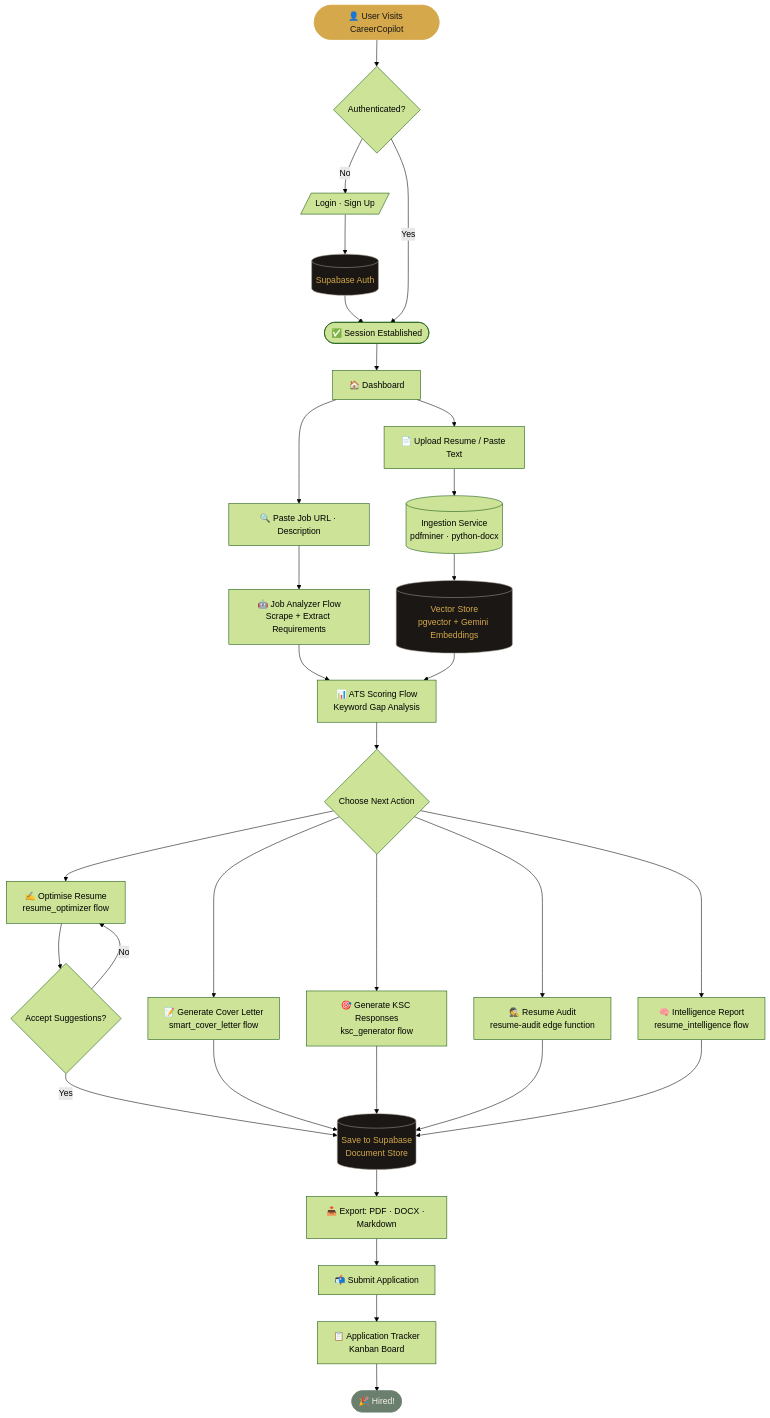
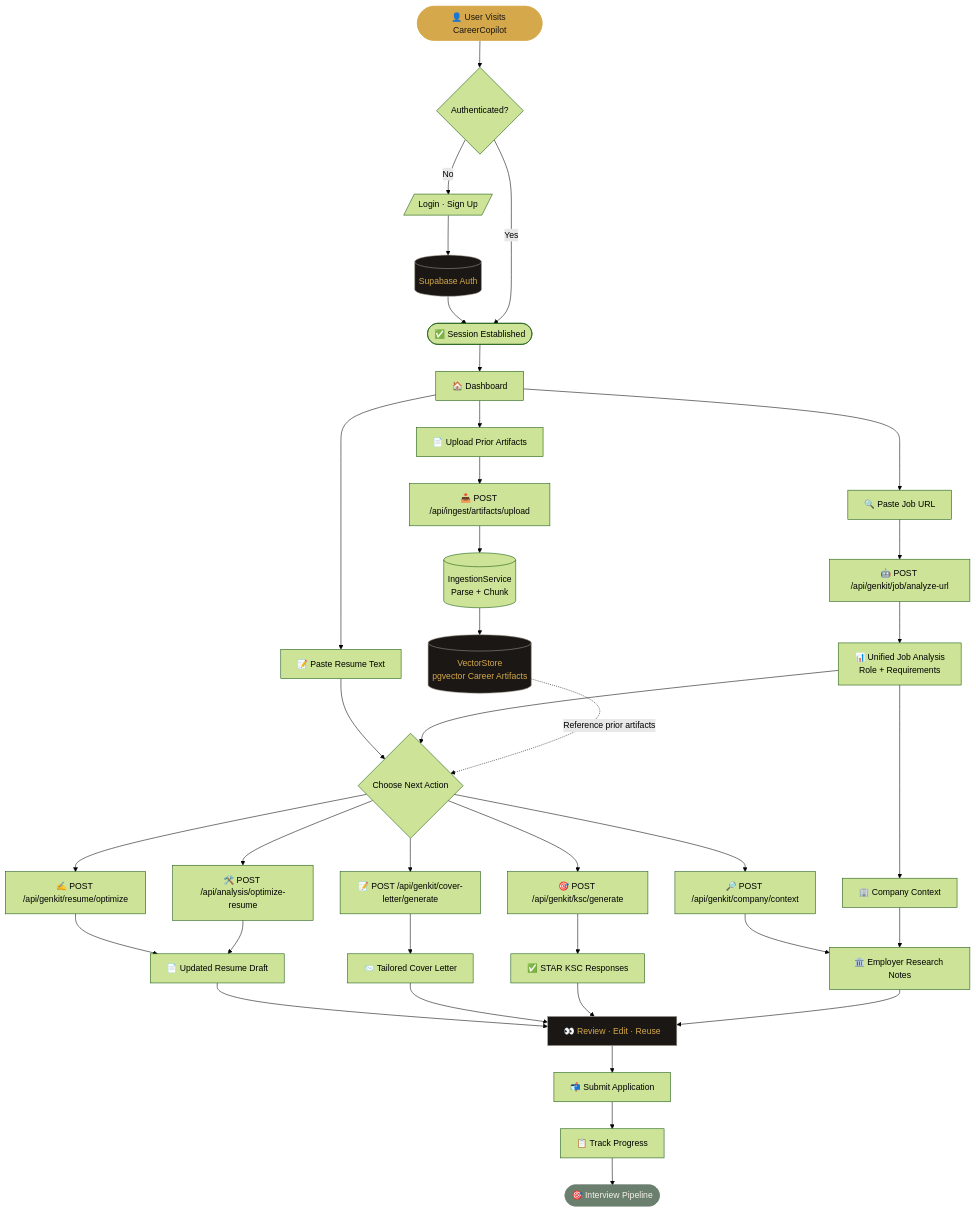
Before and after one commit to okgoogle13/careercopilot: the first of 2 diagrams in docs/WORKFLOW_DIAGRAM.md, drawn with Mermaid (forest theme). The commit also changed other lines of this file and 175 other files, not shown here.

````diff
--- a/docs/WORKFLOW_DIAGRAM.md
+++ b/docs/WORKFLOW_DIAGRAM.md
@@ -12,60 +12,58 @@
 ```mermaid
 flowchart TD
     A([👤 User Visits CareerCopilot]) --> B{Authenticated?}
 
     B -- No --> C[/Login · Sign Up/]
     C --> D[(Supabase Auth)]
     D --> E([✅ Session Established])
     B -- Yes --> E
 
     E --> F[🏠 Dashboard]
 
-    F --> G[📄 Upload Resume / Paste Text]
-    F --> H[🔍 Paste Job URL · Description]
+    F --> G[📄 Upload Prior Artifacts]
+    F --> H[🔍 Paste Job URL]
+    F --> I[📝 Paste Resume Text]
 
-    G --> I[(Ingestion Service
-pdfminer · python-docx)]
-    H --> J[🤖 Job Analyzer Flow
-Scrape + Extract Requirements]
+    G --> J[📥 POST /api/ingest/artifacts/upload]
+    J --> K[(IngestionService
+Parse + Chunk)]
+    K --> L[(VectorStore
+pgvector Career Artifacts)]
 
-    I --> K[(Vector Store
-pgvector + Gemini Embeddings)]
-    J --> L[📊 ATS Scoring Flow
-Keyword Gap Analysis]
+    H --> M[🤖 POST /api/genkit/job/analyze-url]
+    M --> N[📊 Unified Job Analysis
+Role + Requirements]
+    N --> O[🏢 Company Context]
 
-    K --> L
-    L --> M{Choose Next Action}
+    I --> P{Choose Next Action}
+    N --> P
+    L -. Reference prior artifacts .-> P
 
-    M --> N[✍️ Optimise Resume
-resume_optimizer flow]
-    M --> O[📝 Generate Cover Letter
-smart_cover_letter flow]
-    M --> P[🎯 Generate KSC Responses
-ksc_generator flow]
-    M --> Q[🕵️ Resume Audit
-resume-audit edge function]
-    M --> R[🧠 Intelligence Report
-resume_intelligence flow]
+    P --> Q[✍️ POST /api/genkit/resume/optimize]
+    P --> R[🛠️ POST /api/analysis/optimize-resume]
+    P --> S[📝 POST /api/genkit/cover-letter/generate]
+    P --> T[🎯 POST /api/genkit/ksc/generate]
+    P --> U[🔎 POST /api/genkit/company/context]
 
-    N --> S{Accept Suggestions?}
-    S -- Yes --> T[(Save to Supabase
-Document Store)]
-    S -- No --> N
+    Q --> V[📄 Updated Resume Draft]
+    R --> V
+    S --> W[📨 Tailored Cover Letter]
+    T --> X[✅ STAR KSC Responses]
+    U --> Y[🏛️ Employer Research Notes]
+    O --> Y
 
-    O --> T
-    P --> T
-    Q --> T
-    R --> T
+    V --> Z[👀 Review · Edit · Reuse]
+    W --> Z
+    X --> Z
+    Y --> Z
 
-    T --> U[📥 Export: PDF · DOCX · Markdown]
-    U --> V[📬 Submit Application]
-    V --> W[📋 Application Tracker
-Kanban Board]
-    W --> X([🎉 Hired!])
+    Z --> AA[📬 Submit Application]
+    AA --> AB[📋 Track Progress]
+    AB --> AC([🎯 Interview Pipeline])
 
     style A fill:#D4A84B,color:#1A1714,stroke:#D4A84B
-    style X fill:#6B7F6E,color:#F5F0E8,stroke:#6B7F6E
+    style AC fill:#6B7F6E,color:#F5F0E8,stroke:#6B7F6E
     style D fill:#1A1714,color:#D4A84B,stroke:#A39B8F
-    style K fill:#1A1714,color:#D4A84B,stroke:#A39B8F
-    style T fill:#1A1714,color:#D4A84B,stroke:#A39B8F
+    style L fill:#1A1714,color:#D4A84B,stroke:#A39B8F
+    style Z fill:#1A1714,color:#D4A84B,stroke:#A39B8F
 ```
````
